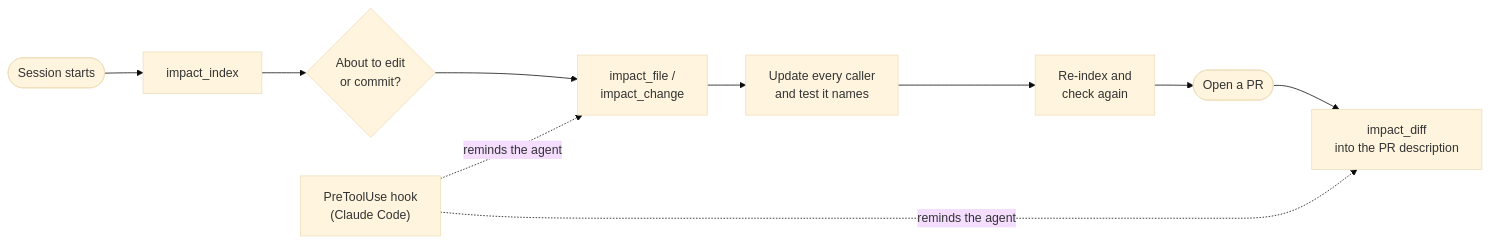
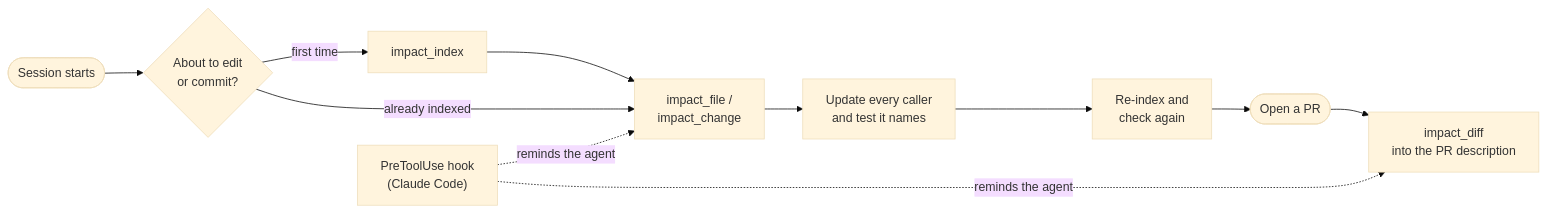
Before and after one commit to AncientiCe/impact-rs: the first of 3 diagrams in README.md, drawn with Mermaid (base theme). The commit also changed other lines of this file and 5 other files, not shown here.

First line of the commit message:
Index on the first trigger instead of at every session start

````diff
--- a/README.md
+++ b/README.md
@@ -133,12 +133,13 @@
 ```mermaid
 flowchart LR
-    start(["Session starts"]) --> index["impact_index"]
-    index --> edit{"About to edit<br/>or commit?"}
-    edit --> check["impact_file /<br/>impact_change"]
+    start(["Session starts"]) --> edit{"About to edit<br/>or commit?"}
+    edit -- "first time" --> index["impact_index"]
+    index --> check["impact_file /<br/>impact_change"]
+    edit -- "already indexed" --> check
     check --> fix["Update every caller<br/>and test it names"]
     fix --> recheck["Re-index and<br/>check again"]
     recheck --> pr(["Open a PR"])
     pr --> diff["impact_diff<br/>into the PR description"]
     hook["PreToolUse hook<br/>(Claude Code)"] -. "reminds the agent" .-> check
     hook -. "reminds the agent" .-> diff
 ```
````
